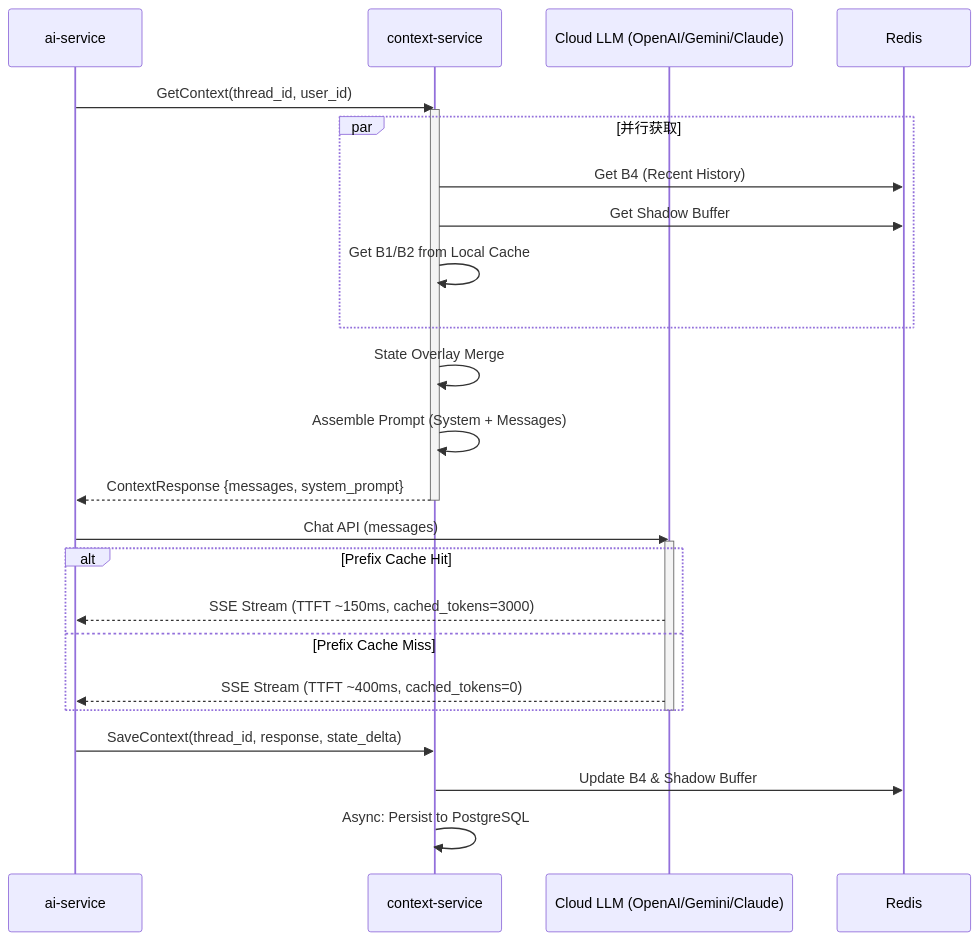
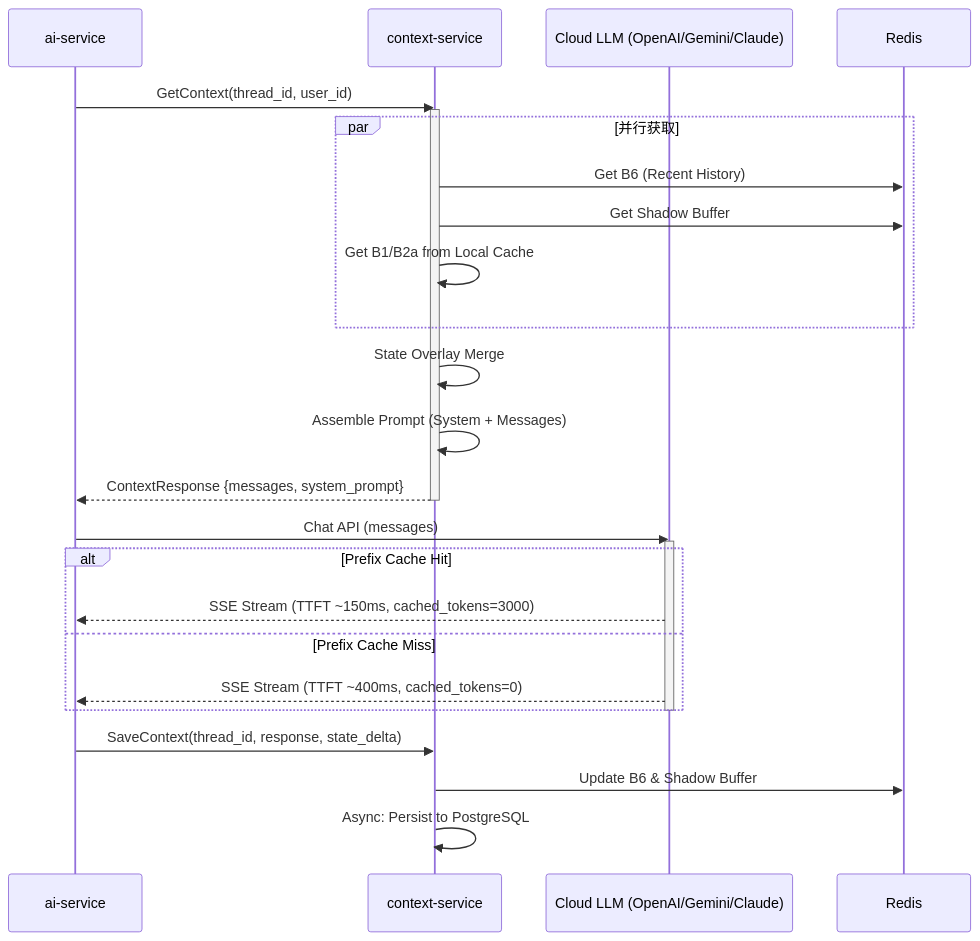
Before and after one commit to D15190304050/generic-agent: the fourth of 38 diagrams in discussions/ContextManagerV6.md, drawn with Mermaid. The commit also changed other lines of this file, not shown here.

````diff
--- a/discussions/ContextManagerV6.md
+++ b/discussions/ContextManagerV6.md
@@ -346,37 +346,37 @@
 ```mermaid
 sequenceDiagram
     participant AS as ai-service
     participant CS as context-service
     participant LLM as Cloud LLM (OpenAI/Gemini/Claude)
     participant Redis as Redis
 
     AS->>CS: GetContext(thread_id, user_id)
     activate CS
     
     par 并行获取
-        CS->>Redis: Get B4 (Recent History)
+    CS->>Redis: Get B6 (Recent History)
         CS->>Redis: Get Shadow Buffer
-        CS->>CS: Get B1/B2 from Local Cache
+        CS->>CS: Get B1/B2a from Local Cache
     end
     
     CS->>CS: State Overlay Merge
     CS->>CS: Assemble Prompt (System + Messages)
     
     CS-->>AS: ContextResponse {messages, system_prompt}
     deactivate CS
     
     AS->>LLM: Chat API (messages)
     activate LLM
     
     alt Prefix Cache Hit
         LLM-->>AS: SSE Stream (TTFT ~150ms, cached_tokens=3000)
     else Prefix Cache Miss
         LLM-->>AS: SSE Stream (TTFT ~400ms, cached_tokens=0)
     end
     
     deactivate LLM
     
     AS->>CS: SaveContext(thread_id, response, state_delta)
-    CS->>Redis: Update B4 & Shadow Buffer
+    CS->>Redis: Update B6 & Shadow Buffer
     CS->>CS: Async: Persist to PostgreSQL
 ```
````
